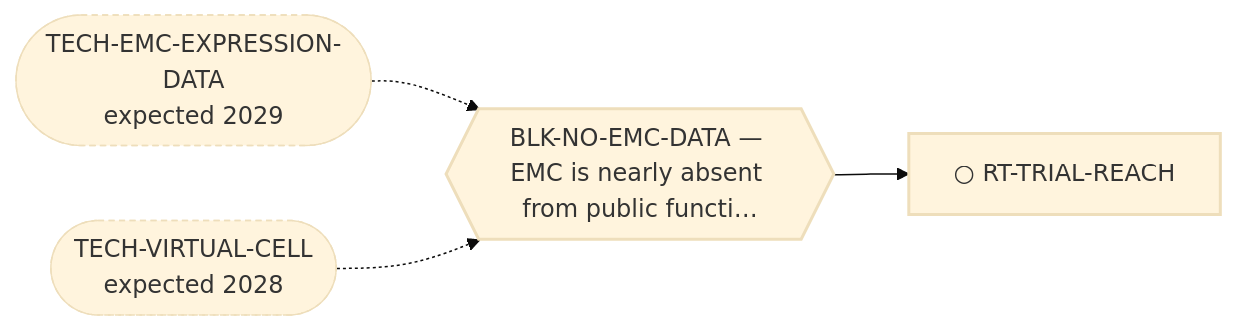
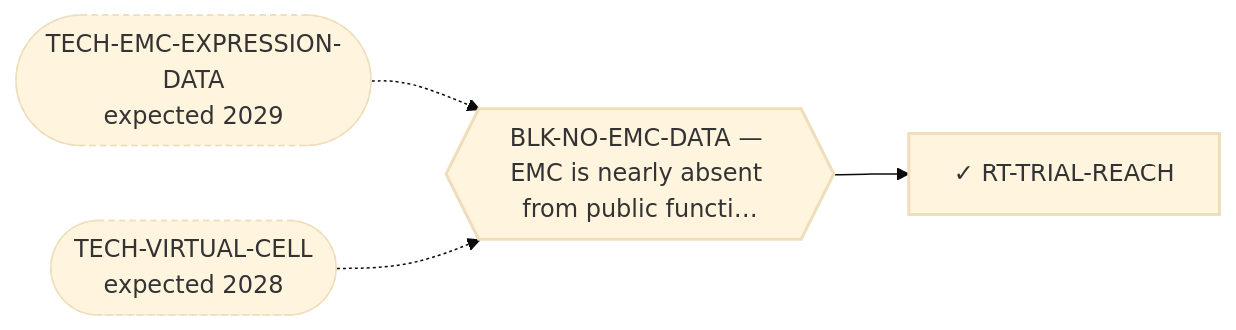
The diagram in systems/views/L2-rt-trial-reach.md (trimcrae/Rare-cancers), drawn with Mermaid (base theme) before and after one commit. The commit also changed other lines of this file and 12 other files, not shown here.

````diff
--- a/systems/views/L2-rt-trial-reach.md
+++ b/systems/views/L2-rt-trial-reach.md
@@ -27,14 +27,14 @@
 ```mermaid
 flowchart LR
-  RT_TRIAL_REACH["○ RT-TRIAL-REACH"]:::fam
+  RT_TRIAL_REACH["✓ RT-TRIAL-REACH"]:::fam
   BLK_NO_EMC_DATA{{"BLK-NO-EMC-DATA — EMC is nearly absent from public functi…"}}:::blk
   BLK_NO_EMC_DATA --> RT_TRIAL_REACH
   TECH_EMC_EXPRESSION_DATA(["TECH-EMC-EXPRESSION-DATA<br/>expected 2029"]):::tech
   TECH_EMC_EXPRESSION_DATA -.-> BLK_NO_EMC_DATA
   TECH_VIRTUAL_CELL(["TECH-VIRTUAL-CELL<br/>expected 2028"]):::tech
   TECH_VIRTUAL_CELL -.-> BLK_NO_EMC_DATA
   classDef fam stroke-width:2px;
   classDef blk stroke-width:2px;
   classDef perm stroke-width:4px;
   classDef tech stroke-width:1px,stroke-dasharray:4 3;
 ```
````
